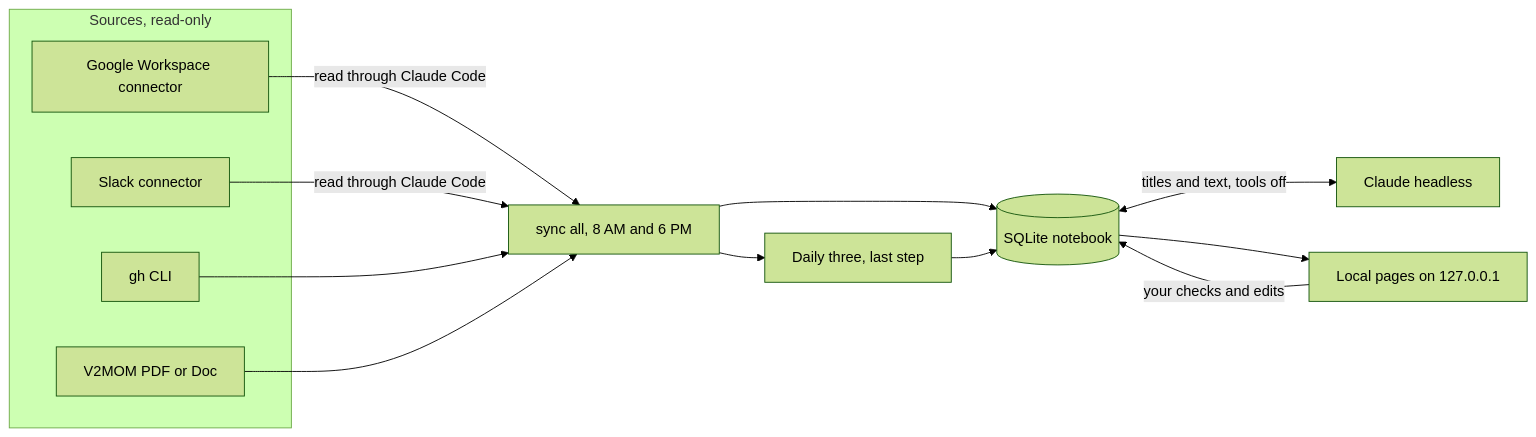
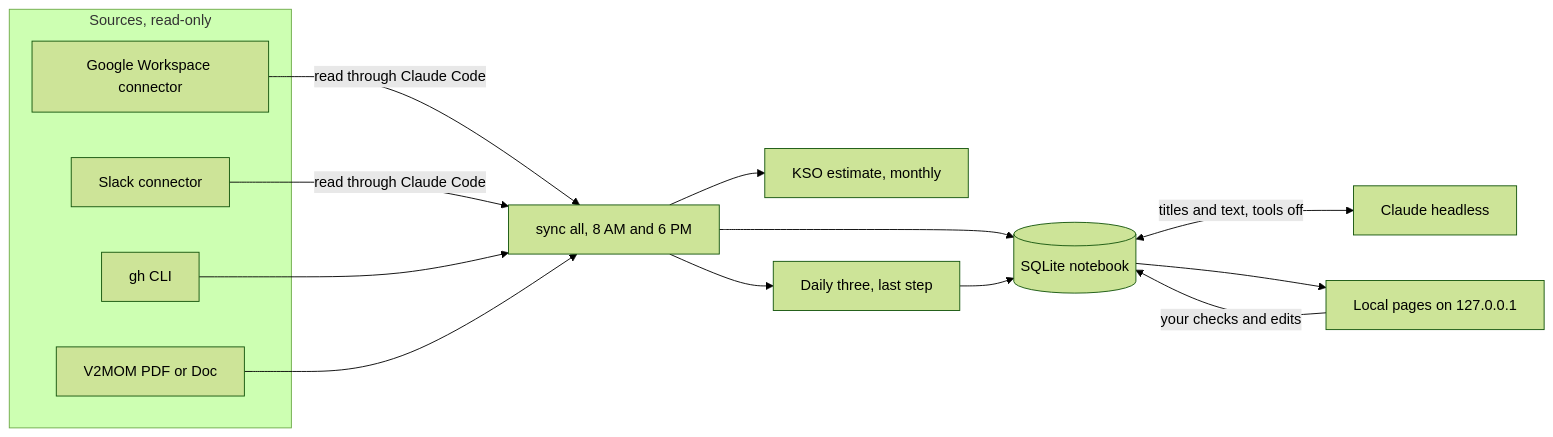
Before and after one commit to jtetzelSFDC/coffeeshop: the diagram in docs/TECHNICAL.md, drawn with Mermaid (forest theme). The commit also changed other lines of this file and 2 other files, not shown here.

````diff
--- a/docs/TECHNICAL.md
+++ b/docs/TECHNICAL.md
@@ -39,17 +40,18 @@
 ```mermaid
 flowchart LR
   subgraph sources [Sources, read-only]
     gw[Google Workspace connector]
     sl[Slack connector]
     gh[gh CLI]
     vm[V2MOM PDF or Doc]
   end
   gw & sl -->|"read through Claude Code"| sync[sync all, 8 AM and 6 PM]
   gh & vm --> sync
   sync --> db[(SQLite notebook)]
   db <-->|"titles and text, tools off"| claude[Claude headless]
   db --> pages[Local pages on 127.0.0.1]
   pages -->|"your checks and edits"| db
+  sync --> kso[KSO estimate, monthly]
   sync --> daily[Daily three, last step]
   daily --> db
 ```
````
